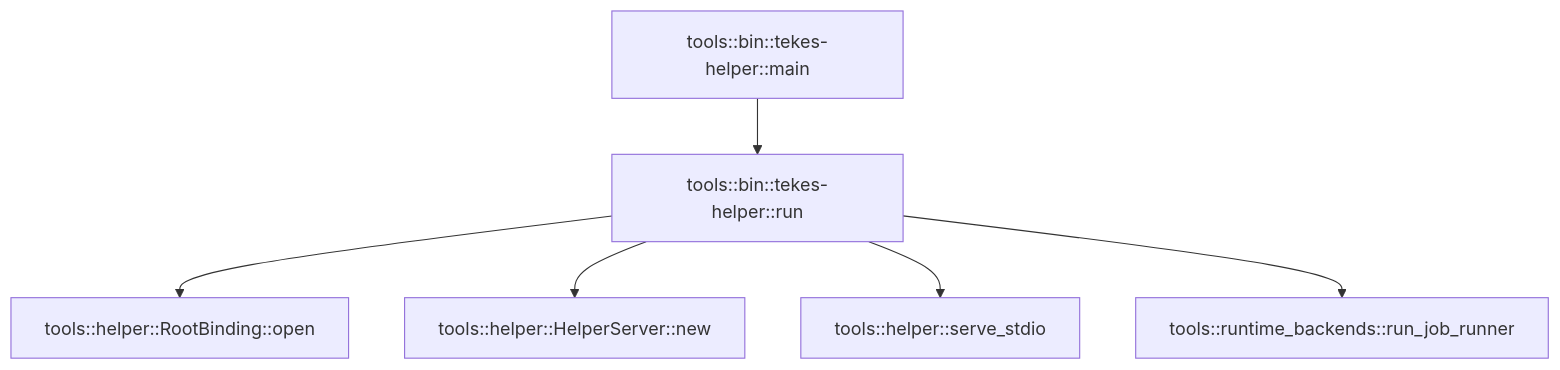
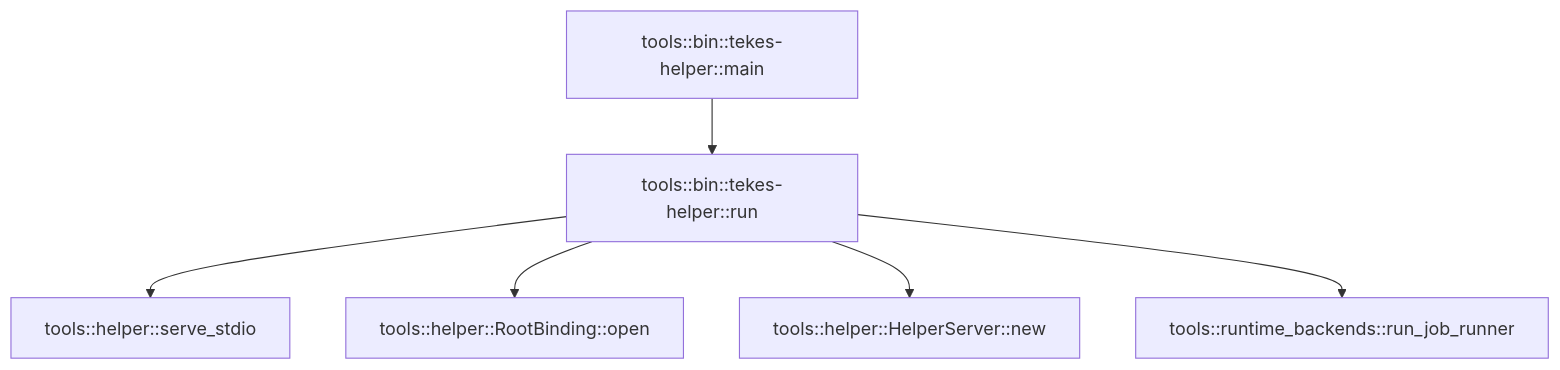
Before and after one commit to TekesApps/TekesKernel: the diagram in crates/tools/docs/generated/src--bin--tekes-helper.md, drawn with Mermaid. The commit also changed other lines of this file and 56 other files, not shown here.

````diff
--- a/crates/tools/docs/generated/src--bin--tekes-helper.md
+++ b/crates/tools/docs/generated/src--bin--tekes-helper.md
@@ -33,14 +33,14 @@
 ```mermaid
 flowchart TD
   n0["tools::bin::tekes-helper::run"]
   n1["tools::bin::tekes-helper::main"]
-  n2["tools::helper::RootBinding::open"]
-  n3["tools::helper::HelperServer::new"]
-  n4["tools::helper::serve_stdio"]
+  n2["tools::helper::serve_stdio"]
+  n3["tools::helper::RootBinding::open"]
+  n4["tools::helper::HelperServer::new"]
   n5["tools::runtime_backends::run_job_runner"]
   n0 --> n2
   n0 --> n3
   n0 --> n4
   n0 --> n5
   n1 --> n0
 ```
````
